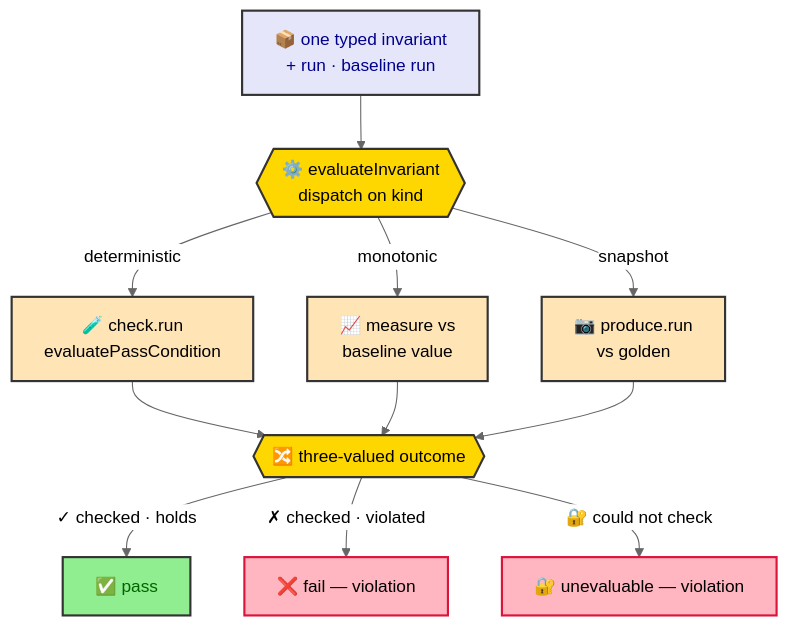
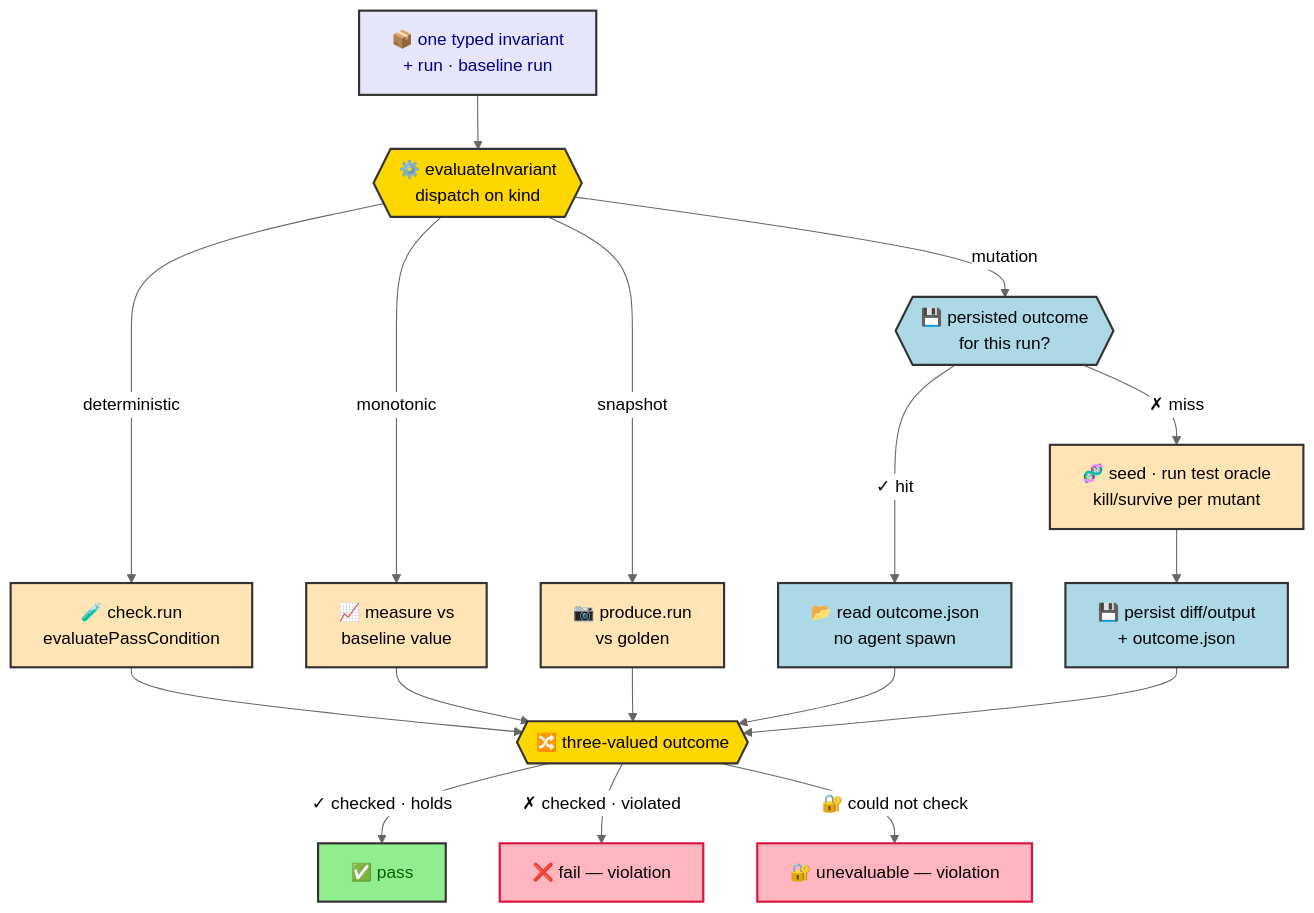
Before and after one commit to joctaTorres/ratchet: the second of 3 diagrams in docs/eval-invariants.md, drawn with Mermaid (neutral theme). The commit also changed other lines of this file and 115 other files, not shown here.

First line of the commit message:
feat(eval): web eval tier + mutation invariant (#41)

````diff
--- a/docs/eval-invariants.md
+++ b/docs/eval-invariants.md
@@ -81,32 +85,41 @@
 ```mermaid
 flowchart TD
     INV[📦 one typed invariant<br/>+ run · baseline run]
     EVAL{{⚙️ evaluateInvariant<br/>dispatch on kind}}
 
     INV --> EVAL
 
     EVAL -->|deterministic| DET[🧪 check.run<br/>evaluatePassCondition]
     EVAL -->|monotonic| MON[📈 measure vs<br/>baseline value]
     EVAL -->|snapshot| SNAP[📷 produce.run<br/>vs golden]
+    EVAL -->|mutation| MUTCACHE{{💾 persisted outcome<br/>for this run?}}
+
+    MUTCACHE -->|✓ hit| MUTHIT[📂 read outcome.json<br/>no agent spawn]
+    MUTCACHE -->|✗ miss| MUT[🧬 seed · run test oracle<br/>kill/survive per mutant]
+    MUT --> MUTSAVE[💾 persist diff/output<br/>+ outcome.json]
 
     DET --> OUTCOME
     MON --> OUTCOME
     SNAP --> OUTCOME
+    MUTHIT --> OUTCOME
+    MUTSAVE --> OUTCOME
 
     OUTCOME{{🔀 three-valued outcome}}
     OUTCOME -->|✓ checked · holds| PASS[✅ pass]
     OUTCOME -->|✗ checked · violated| FAILV[❌ fail — violation]
     OUTCOME -->|🔐 could not check| UNEV[🔐 unevaluable — violation]
 
     classDef source   fill:#E6E6FA,stroke:#333,stroke-width:2px,color:darkblue
     classDef core     fill:#FFD700,stroke:#333,stroke-width:2px,color:black
     classDef kind     fill:#FFE4B5,stroke:#333,stroke-width:2px,color:black
     classDef ok       fill:#90EE90,stroke:#333,stroke-width:2px,color:darkgreen
     classDef err      fill:#FFB6C1,stroke:#DC143C,stroke-width:2px,color:black
+    classDef cache    fill:#ADD8E6,stroke:#333,stroke-width:2px,color:black
 
     class INV source
     class EVAL,OUTCOME core
-    class DET,MON,SNAP kind
+    class DET,MON,SNAP,MUT kind
     class PASS ok
     class FAILV,UNEV err
+    class MUTCACHE,MUTHIT,MUTSAVE cache
 ```
````
